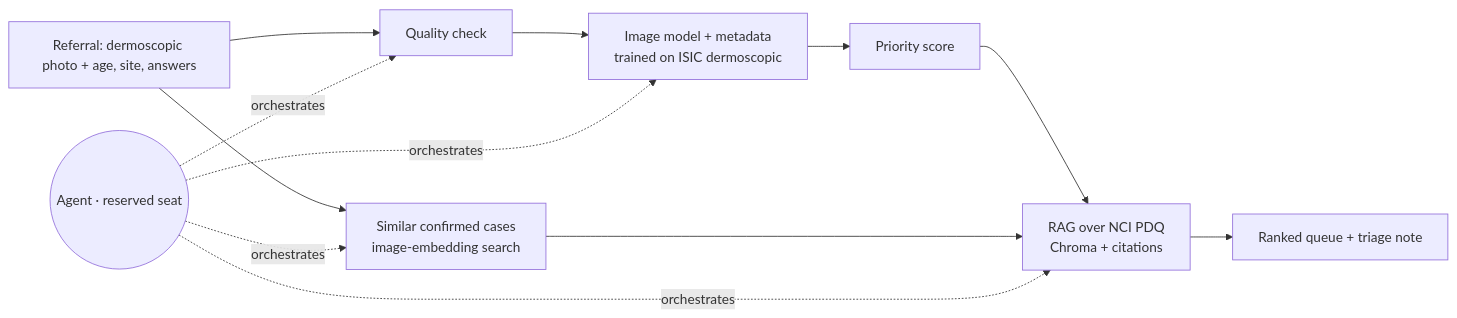
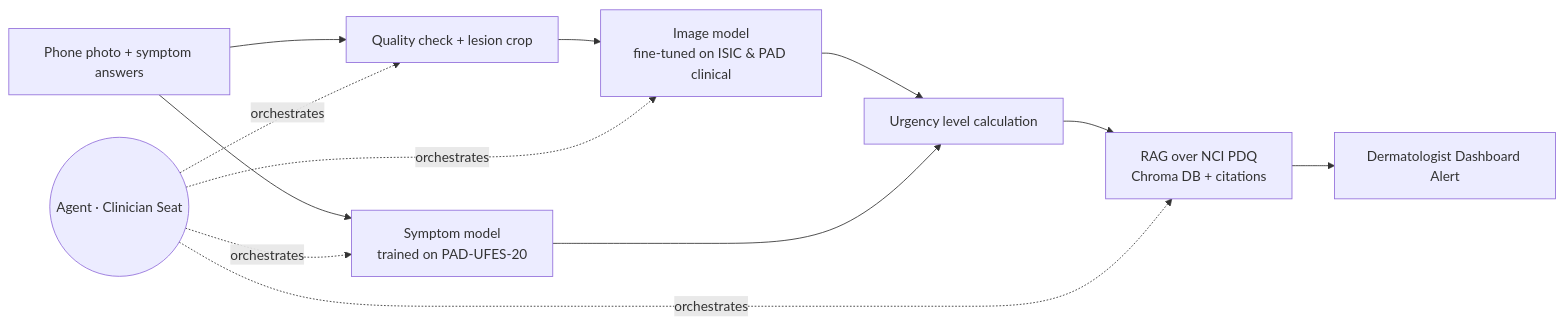
Before and after one commit to IfatDav/skin-lesion-assistant: the diagram in CHARTER.md, drawn with Mermaid. The commit also changed other lines of this file, not shown here.

First line of the commit message:
Revise architecture and evaluation details in CHARTER.md

````diff
--- a/CHARTER.md
+++ b/CHARTER.md
@@ -40,10 +43,10 @@
 ```mermaid
 flowchart LR
-    R[Referral: dermoscopic photo + age, site, answers] --> Q[Quality check]
-    Q --> M[Image model + metadata<br/>trained on ISIC dermoscopic]
-    M --> P[Priority score]
-    R --> K[Similar confirmed cases<br/>image-embedding search]
-    P & K --> G[RAG over NCI PDQ<br/>Chroma + citations]
-    G --> N[Ranked queue + triage note]
-    A((Agent · reserved seat)) -. orchestrates .-> Q & M & K & G
+    A[Phone photo + symptom answers] --> B[Quality check + lesion crop]
+    B --> C[Image model<br/>fine-tuned on ISIC & PAD clinical]
+    A --> S[Symptom model<br/>trained on PAD-UFES-20]
+    C & S --> D[Urgency level calculation]
+    D --> E[RAG over NCI PDQ<br/>Chroma DB + citations]
+    E --> F[Dermatologist Dashboard Alert]
+    G((Agent · Clinician Seat)) -. orchestrates .-> B & C & S & E
 ```
````
